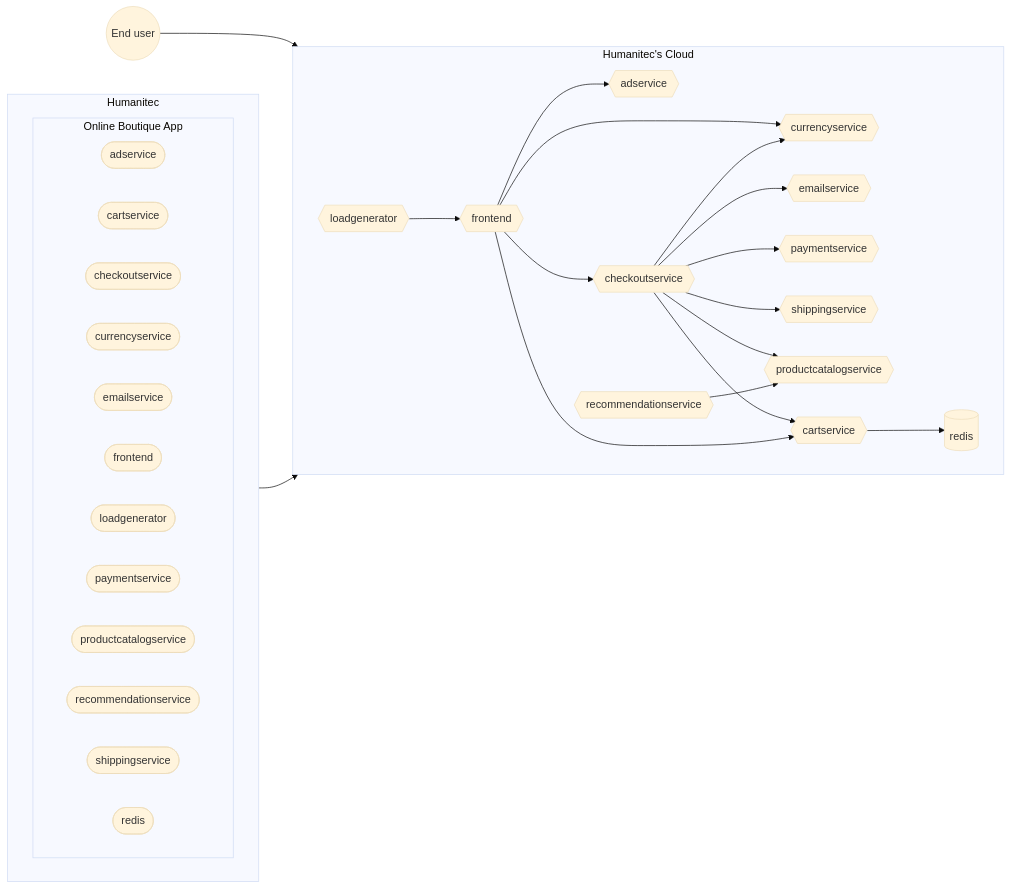
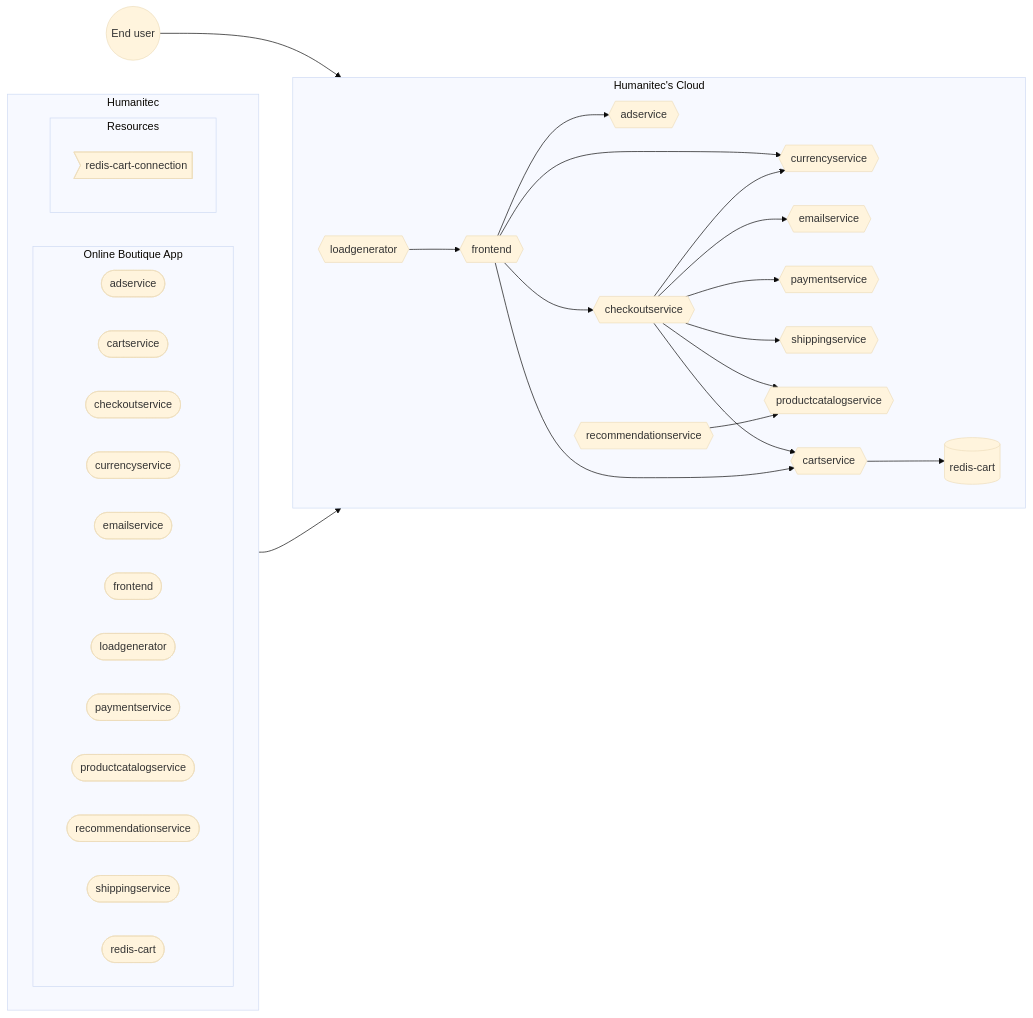
One commit to mathieu-benoit/hello-humanitec changed the diagram in docs/humanitec-default.md. Above: the diagram before and after it, drawn with Mermaid (base theme). The commit also changed other lines of this file and 10 other files, not shown here.

Commit message:
redis-cart as redis resource type, not service dependency

````diff
--- a/docs/humanitec-default.md
+++ b/docs/humanitec-default.md
@@ -6,39 +9,42 @@
 ```mermaid
 flowchart LR
   subgraph Humanitec
     direction LR
     subgraph onlineboutique [Online Boutique App]
         direction LR
         adservice-workload([adservice])
         cartservice-workload([cartservice])
         checkoutservice-workload([checkoutservice])
         currencyservice-workload([currencyservice])
         emailservice-workload([emailservice])
         frontend-workload([frontend])
         loadgenerator-workload([loadgenerator])
         paymentservice-workload([paymentservice])
         productcatalogservice-workload([productcatalogservice])
         recommendationservice-workload([recommendationservice])
         shippingservice-workload([shippingservice])
-        redis-workload([redis])
+        redis-cart-workload([redis-cart])
+    end
+    subgraph Resources
+        redis-cart-connection>redis-cart-connection]
     end
   end
   subgraph cloud [Humanitec's Cloud]
       direction LR
       frontend{{frontend}}-->adservice{{adservice}}
       frontend-->checkoutservice{{checkoutservice}}
       frontend-->currencyservice{{currencyservice}}
       checkoutservice-->emailservice{{emailservice}}
       checkoutservice-->paymentservice{{paymentservice}}
       checkoutservice-->currencyservice
       checkoutservice-->shippingservice{{shippingservice}}
       checkoutservice-->productcatalogservice{{productcatalogservice}}
       checkoutservice-->cartservice{{cartservice}}
       frontend-->cartservice
       loadgenerator{{loadgenerator}}-->frontend
       recommendationservice{{recommendationservice}}-->productcatalogservice
-      cartservice-->redis[(redis)]
+      cartservice-->redis-cart[(redis-cart)]
   end
   Humanitec-->cloud
   enduser((End user))-->frontend
 ```
````
